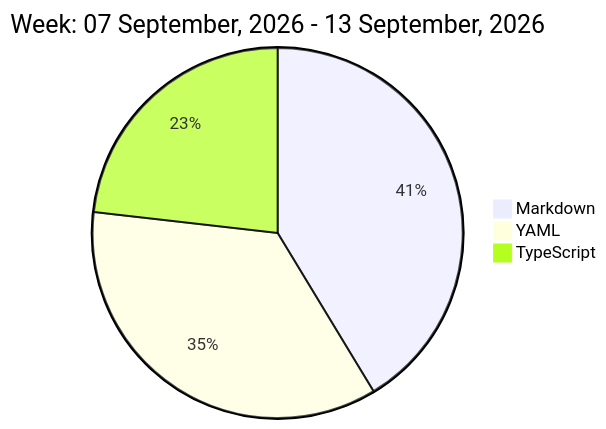
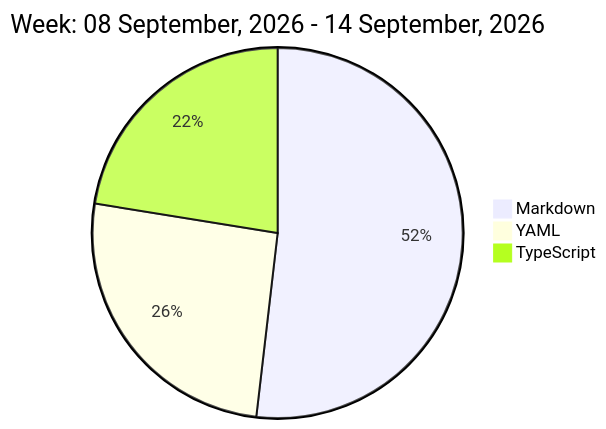
Before and after one commit to liubin95/liubin95: the diagram in README.md, drawn with Mermaid.

Commit message:
Updated the Graph with new Metrics

````diff
--- a/README.md
+++ b/README.md
@@ -32,7 +32,7 @@
 ```mermaid
  pie
-title Week: 07 September, 2026 - 13 September, 2026
- "Markdown" : 4.6
- "YAML" : 3.95
- "TypeScript" : 2.58
+title Week: 08 September, 2026 - 14 September, 2026
+ "Markdown" : 6.05
+ "YAML" : 3.0
+ "TypeScript" : 2.62
 ```
````
